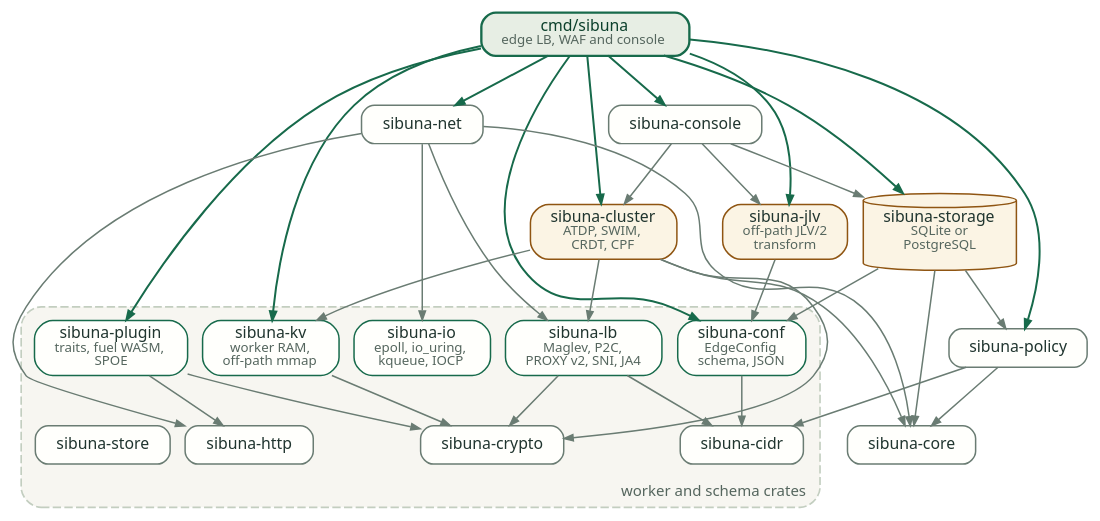
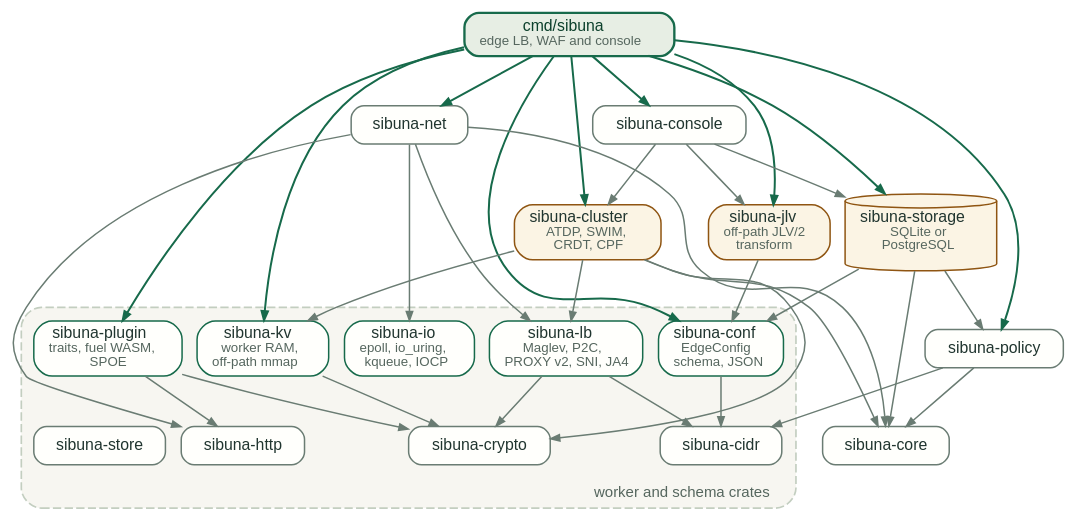
The diagram in docs/sid/diagrams/edge-crates.dot (insanai/sibuna), drawn with Graphviz before and after one commit. The commit also changed 9 other files, not shown here.

Commit message:
docs: lay out the crate graphs with fonts Graphviz can measure

```diff
--- a/docs/sid/diagrams/edge-crates.dot
+++ b/docs/sid/diagrams/edge-crates.dot
@@ -1,50 +1,50 @@
 digraph edge_crates {
-  graph [rankdir=TB, bgcolor="transparent", newrank=true, nodesep=0.12, ranksep=0.42, pad=0.1, fontname="Noto Sans", fontsize=9, fontcolor="#55665e"];
-  node [shape=box, style="rounded,filled", fontname="Noto Sans", fontsize=9.5, fontcolor="#20352f", color="#6a7c73", fillcolor="#fffffc", penwidth=0.9, height=0.32, margin="0.17,0.05"];
+  graph [rankdir=TB, bgcolor="transparent", newrank=true, nodesep=0.12, ranksep=0.42, pad=0.2, fontname="Helvetica", fontsize=9, fontcolor="#55665e"];
+  node [shape=box, style="rounded,filled", fontname="Helvetica", fontsize=9.5, fontcolor="#20352f", color="#6a7c73", fillcolor="#fffffc", penwidth=0.9, height=0.32, margin="0.12,0.05"];
   edge [color="#6a7c73", arrowsize=0.55, penwidth=0.9];
 
   daemon [label=<cmd/sibuna<BR/><FONT POINT-SIZE="8" COLOR="#55665e">edge LB, WAF and console</FONT>>, color="#176a4b", fillcolor="#e7eee4", fontcolor="#0c402c", penwidth=1.4];
   console [label="sibuna-console"];
   net [label="sibuna-net"];
   jlv [label=<sibuna-jlv<BR/><FONT POINT-SIZE="8" COLOR="#55665e">off-path JLV/2<BR/>transform</FONT>>, color="#8f5512", fillcolor="#fbf4e4"];
   cluster [label=<sibuna-cluster<BR/><FONT POINT-SIZE="8" COLOR="#55665e">ATDP, SWIM,<BR/>CRDT, CPF</FONT>>, color="#8f5512", fillcolor="#fbf4e4"];
   storage [label=<sibuna-storage<BR/><FONT POINT-SIZE="8" COLOR="#55665e">SQLite or<BR/>PostgreSQL</FONT>>, color="#8f5512", fillcolor="#fbf4e4", shape=cylinder, style=filled];
   policy [label="sibuna-policy"];
   core [label="sibuna-core"];
 
   subgraph cluster_reusable {
     label="worker and schema crates"; labelloc=b; labeljust=r; style="dashed,rounded,filled"; color="#c3cec0"; fillcolor="#f7f6f1"; margin=8;
     node [color="#176a4b"];
     io [label=<sibuna-io<BR/><FONT POINT-SIZE="8" COLOR="#55665e">epoll, io_uring,<BR/>kqueue, IOCP</FONT>>];
     kv [label=<sibuna-kv<BR/><FONT POINT-SIZE="8" COLOR="#55665e">worker RAM,<BR/>off-path mmap</FONT>>];
     lb [label=<sibuna-lb<BR/><FONT POINT-SIZE="8" COLOR="#55665e">Maglev, P2C,<BR/>PROXY v2, SNI, JA4</FONT>>];
     conf [label=<sibuna-conf<BR/><FONT POINT-SIZE="8" COLOR="#55665e">EdgeConfig<BR/>schema, JSON</FONT>>];
     plugin [label=<sibuna-plugin<BR/><FONT POINT-SIZE="8" COLOR="#55665e">traits, fuel WASM,<BR/>SPOE</FONT>>];
     node [color="#6a7c73"];
     crypto [label="sibuna-crypto"];
     cidr [label="sibuna-cidr"];
     store [label="sibuna-store"];
     http [label="sibuna-http"];
   }
 
   { rank=same; console; net; }
   { rank=same; storage; cluster; jlv; }
   { rank=same; policy; conf; lb; kv; io; plugin; }
   { rank=same; core; cidr; crypto; http; store; }
 
   daemon -> net [color="#176a4b", penwidth=1.2]; daemon -> cluster [color="#176a4b", penwidth=1.2];
   daemon -> kv [color="#176a4b", penwidth=1.2]; daemon -> conf [color="#176a4b", penwidth=1.2];
   daemon -> jlv [color="#176a4b", penwidth=1.2]; daemon -> plugin [color="#176a4b", penwidth=1.2];
   daemon -> policy [color="#176a4b", penwidth=1.2]; daemon -> storage [color="#176a4b", penwidth=1.2];
   daemon -> console [color="#176a4b", penwidth=1.2];
   console -> storage; console -> cluster; console -> jlv;
   storage -> conf; storage -> policy; storage -> core;
   cluster -> lb; cluster -> kv; cluster -> crypto; cluster -> core;
   net -> io; net -> lb; net -> http; net -> core;
   jlv -> conf;
   policy -> core; policy -> cidr;
   plugin -> http; plugin -> crypto;
   conf -> cidr;
   lb -> crypto; lb -> cidr;
   kv -> crypto;
 }
```
